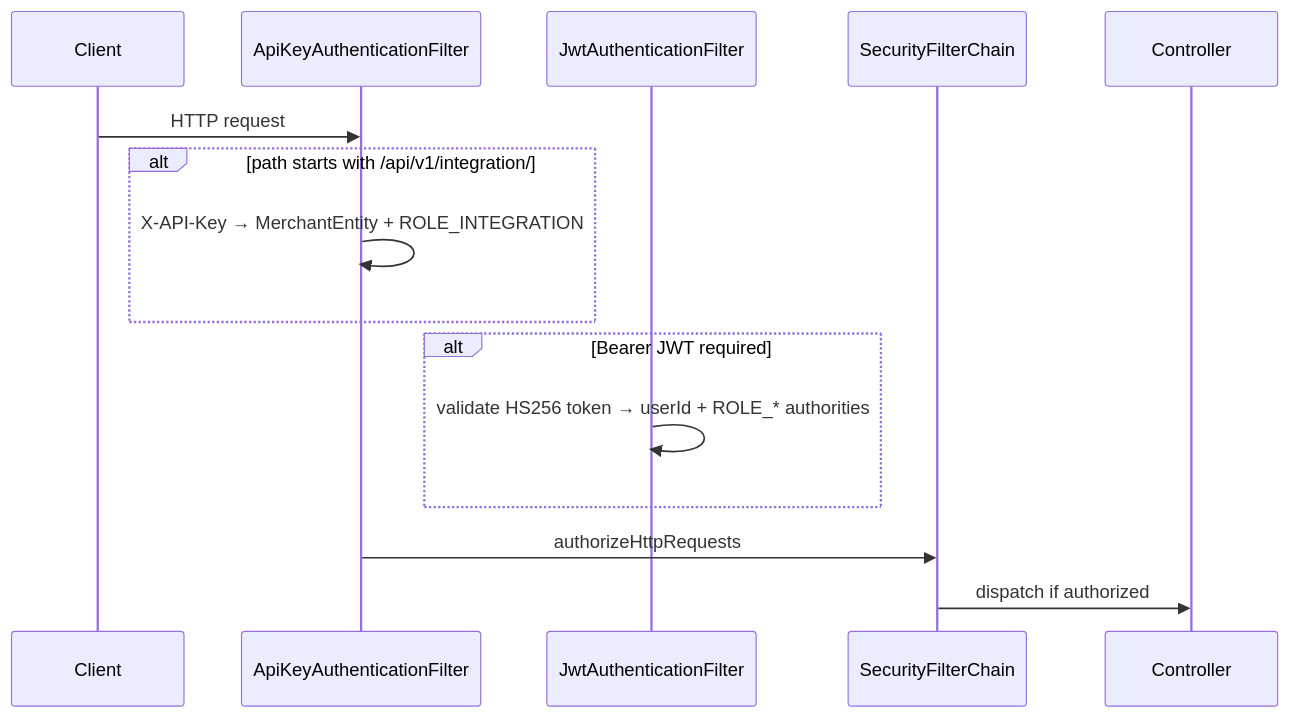
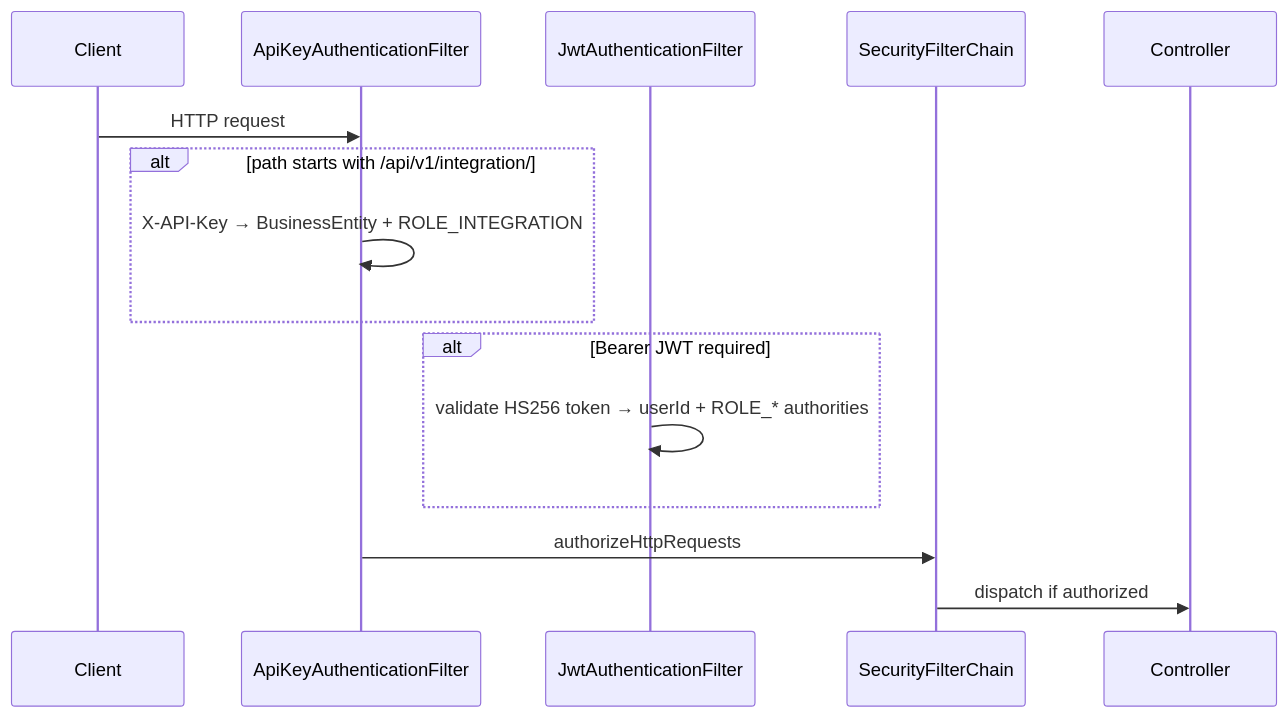
Before and after one commit to runalb/digi-payment-gateway: the second of 2 diagrams in docs/ARCHITECTURE.md, drawn with Mermaid. The commit also changed other lines of this file and 8 other files, not shown here.

First line of the commit message:
Docs: switch merchant → business; add API docs

````diff
--- a/docs/ARCHITECTURE.md
+++ b/docs/ARCHITECTURE.md
@@ -236,18 +228,18 @@
 ```mermaid
 sequenceDiagram
     participant Client
     participant ApiKey as ApiKeyAuthenticationFilter
     participant Jwt as JwtAuthenticationFilter
     participant Chain as SecurityFilterChain
     participant Ctrl as Controller
 
     Client->>ApiKey: HTTP request
     alt path starts with /api/v1/integration/
-        ApiKey->>ApiKey: X-API-Key → MerchantEntity + ROLE_INTEGRATION
+        ApiKey->>ApiKey: X-API-Key → BusinessEntity + ROLE_INTEGRATION
     end
   alt Bearer JWT required
         Jwt->>Jwt: validate HS256 token → userId + ROLE_* authorities
     end
     ApiKey->>Chain: authorizeHttpRequests
     Chain->>Ctrl: dispatch if authorized
 ```
````
